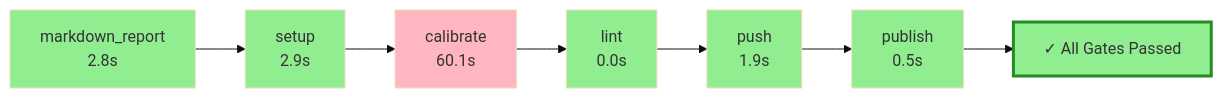
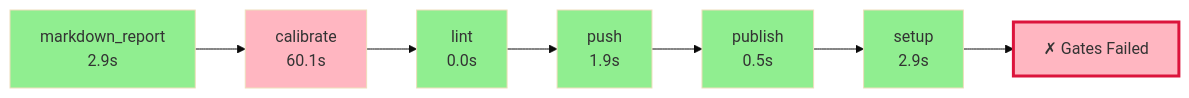
One commit to wronai/fixos changed the diagram in .pyqual/report.md. Above: the diagram before and after it, drawn with Mermaid (base theme). The commit also changed other lines of this file and 2 other files, not shown here.

Commit message:
chore: pyqual auto-commit [skip ci]

````diff
--- a/.pyqual/report.md
+++ b/.pyqual/report.md
@@ -10,23 +10,23 @@
 ```mermaid
 flowchart LR
-    S0["markdown_report<br/>2.8s"]
+    S0["markdown_report<br/>2.9s"]
     style S0 fill:#90EE90
-    S1["setup<br/>2.9s"]
-    style S1 fill:#90EE90
+    S1["calibrate<br/>60.1s"]
+    style S1 fill:#FFB6C1
     S0 --> S1
-    S2["calibrate<br/>60.1s"]
-    style S2 fill:#FFB6C1
+    S2["lint<br/>0.0s"]
+    style S2 fill:#90EE90
     S1 --> S2
-    S3["lint<br/>0.0s"]
+    S3["push<br/>1.9s"]
     style S3 fill:#90EE90
     S2 --> S3
-    S4["push<br/>1.9s"]
+    S4["publish<br/>0.5s"]
     style S4 fill:#90EE90
     S3 --> S4
-    S5["publish<br/>0.5s"]
+    S5["setup<br/>2.9s"]
     style S5 fill:#90EE90
     S4 --> S5
-    G["✓ All Gates Passed"]
-    style G fill:#90EE90,stroke:#228B22,stroke-width:3px
+    G["✗ Gates Failed"]
+    style G fill:#FFB6C1,stroke:#DC143C,stroke-width:3px
     S5 --> G
 ```
````
